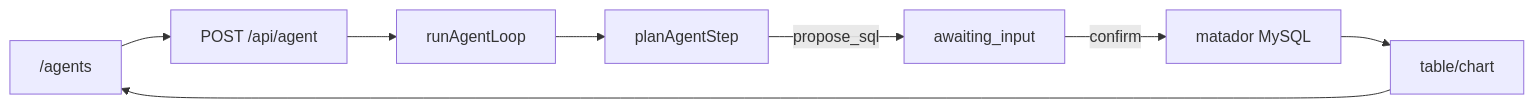
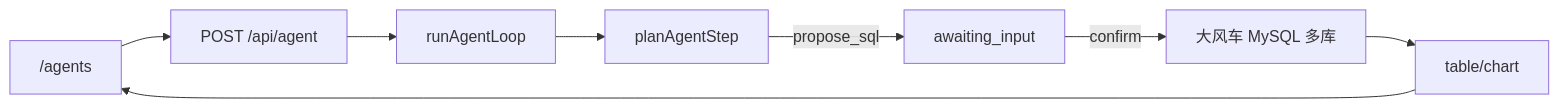
The diagram in README.md (jiaxiantao/home-agent), drawn with Mermaid before and after one commit. The commit also changed other lines of this file and 27 other files, not shown here.

````diff
--- a/README.md
+++ b/README.md
@@ -25,10 +25,10 @@
 ```mermaid
 flowchart LR
   UI["/agents"] --> API["POST /api/agent"]
   API --> Loop["runAgentLoop"]
   Loop --> Plan["planAgentStep"]
   Plan -->|propose_sql| HITL["awaiting_input"]
-  HITL -->|confirm| MySQL["matador MySQL"]
+  HITL -->|confirm| MySQL["大风车 MySQL 多库"]
   MySQL --> A2UI["table/chart"]
   A2UI --> UI
 ```
````
